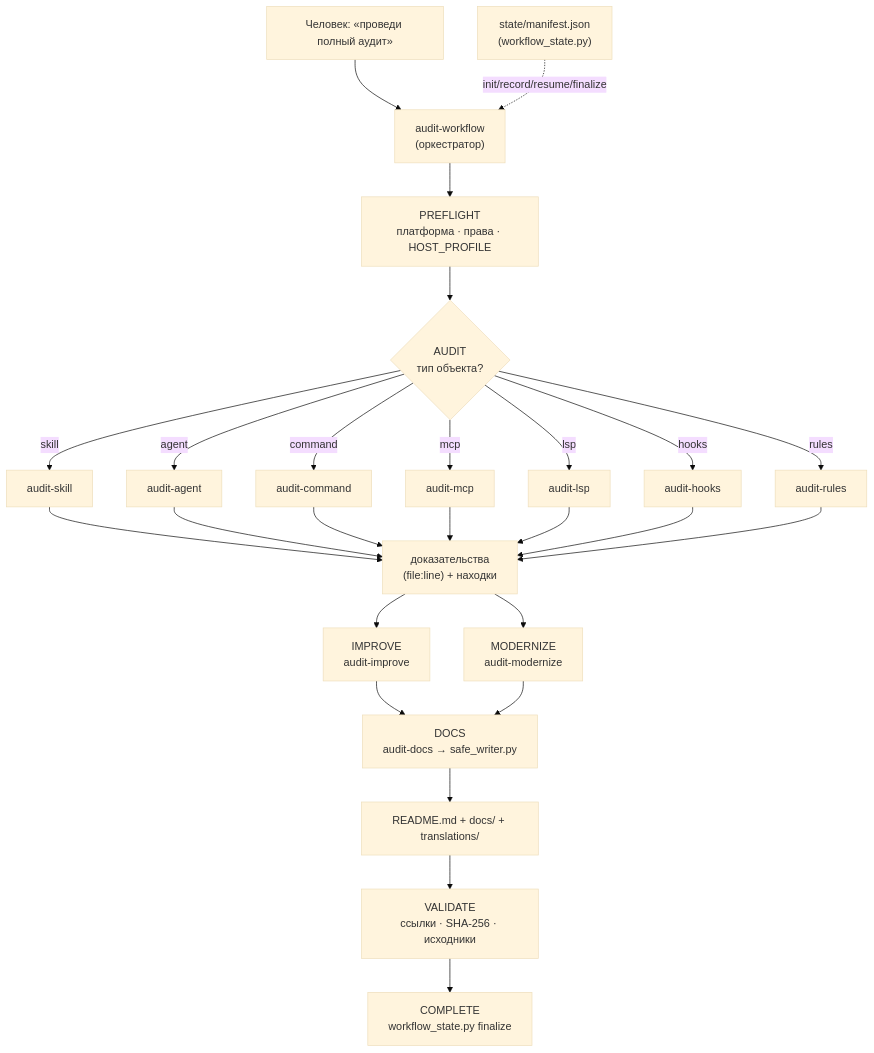
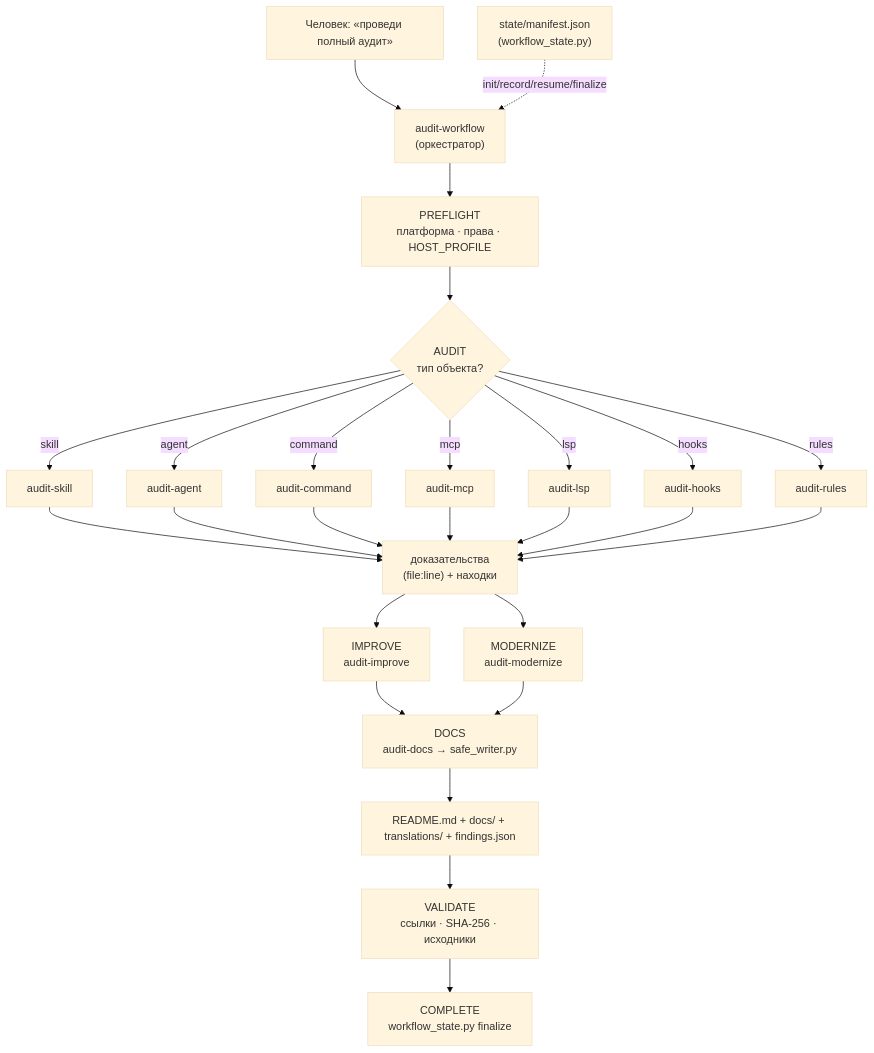
Before and after one commit to Tarrissarh/ai-security-audit-instruments: the diagram in docs/SKILLS-GUIDE-RU.md, drawn with Mermaid (base theme). The commit also changed other lines of this file and 22 other files, not shown here.

````diff
--- a/docs/SKILLS-GUIDE-RU.md
+++ b/docs/SKILLS-GUIDE-RU.md
@@ -505,22 +523,22 @@
 ```mermaid
 flowchart TD
     USER["Человек: «проведи полный аудит»"] --> WF["audit-workflow<br/>(оркестратор)"]
     WF --> PF["PREFLIGHT<br/>платформа · права · HOST_PROFILE"]
     PF --> AUD{"AUDIT<br/>тип объекта?"}
     AUD -->|skill| SK["audit-skill"]
     AUD -->|agent| AG["audit-agent"]
     AUD -->|command| CM["audit-command"]
     AUD -->|mcp| MC["audit-mcp"]
     AUD -->|lsp| LS["audit-lsp"]
     AUD -->|hooks| HK["audit-hooks"]
     AUD -->|rules| RU["audit-rules"]
     SK & AG & CM & MC & LS & HK & RU --> EVD["доказательства<br/>(file:line) + находки"]
     EVD --> IMP["IMPROVE<br/>audit-improve"]
     EVD --> MOD["MODERNIZE<br/>audit-modernize"]
     IMP --> DOCS["DOCS<br/>audit-docs → safe_writer.py"]
     MOD --> DOCS
-    DOCS --> OUT["README.md + docs/ + translations/"]
+    DOCS --> OUT["README.md + docs/ + translations/ + findings.json"]
     OUT --> VAL["VALIDATE<br/>ссылки · SHA-256 · исходники"]
     VAL --> FIN["COMPLETE<br/>workflow_state.py finalize"]
     ST["state/manifest.json<br/>(workflow_state.py)"] -.->|init/record/resume/finalize| WF
 ```
````
